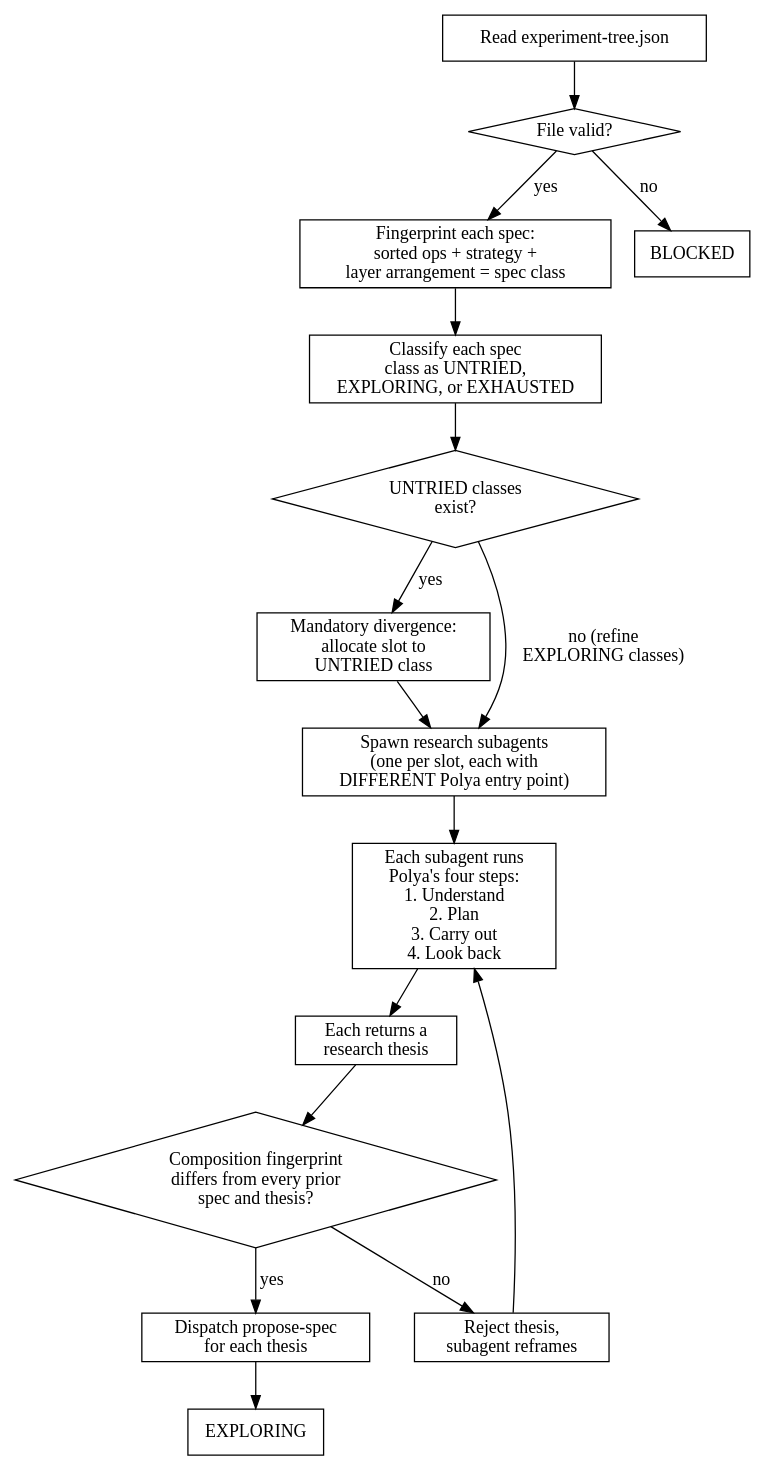
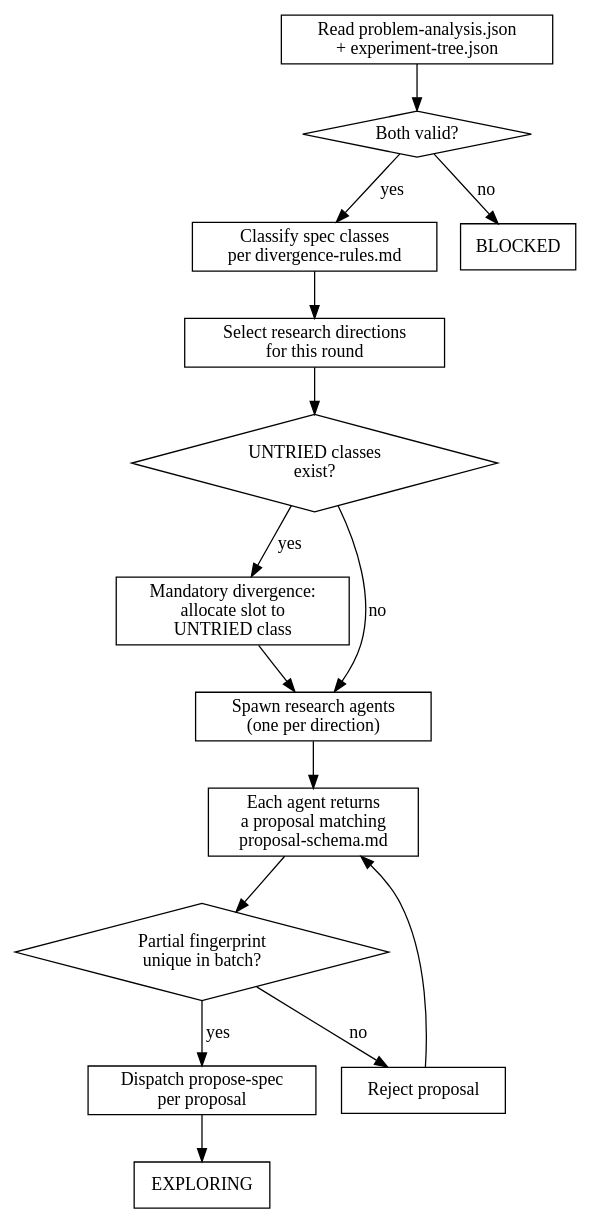
Before and after one commit to Hook12aaa/auto-discover: the diagram in skills/explore/SKILL.md, drawn with Graphviz. The commit also changed other lines of this file and 47 other files, not shown here.

First line of the commit message:
Contract-first rearchitecture (v0.3.0)

````diff
--- a/skills/explore/SKILL.md
+++ b/skills/explore/SKILL.md
@@ -48,36 +47,34 @@
 ```dot
 digraph explore {
     rankdir=TB;
     node [shape=box];
-    start [label="Read experiment-tree.json"];
-    valid [label="File valid?" shape=diamond];
-    fingerprint [label="Fingerprint each spec:\nsorted ops + strategy +\nlayer arrangement = spec class"];
-    classify [label="Classify each spec\nclass as UNTRIED,\nEXPLORING, or EXHAUSTED"];
+    read_analysis [label="Read problem-analysis.json\n+ experiment-tree.json"];
+    valid [label="Both valid?" shape=diamond];
+    classify [label="Classify spec classes\nper divergence-rules.md"];
+    select [label="Select research directions\nfor this round"];
     check_untried [label="UNTRIED classes\nexist?" shape=diamond];
     diverge [label="Mandatory divergence:\nallocate slot to\nUNTRIED class"];
-    spawn [label="Spawn research subagents\n(one per slot, each with\nDIFFERENT Polya entry point)"];
-    polya [label="Each subagent runs\nPolya's four steps:\n1. Understand\n2. Plan\n3. Carry out\n4. Look back"];
-    thesis [label="Each returns a\nresearch thesis"];
-    fp_check [label="Composition fingerprint\ndiffers from every prior\nspec and thesis?" shape=diamond];
-    reject [label="Reject thesis,\nsubagent reframes"];
-    dispatch [label="Dispatch propose-spec\nfor each thesis"];
+    spawn [label="Spawn research agents\n(one per direction)"];
+    proposals [label="Each agent returns\na proposal matching\nproposal-schema.md"];
+    fp_check [label="Partial fingerprint\nunique in batch?" shape=diamond];
+    reject [label="Reject proposal"];
+    dispatch [label="Dispatch propose-spec\nper proposal"];
     exploring [label="EXPLORING"];
     blocked [label="BLOCKED"];
 
-    start -> valid;
-    valid -> fingerprint [label="yes"];
+    read_analysis -> valid;
+    valid -> classify [label="yes"];
     valid -> blocked [label="no"];
-    fingerprint -> classify;
-    classify -> check_untried;
+    classify -> select;
+    select -> check_untried;
     check_untried -> diverge [label="yes"];
-    check_untried -> spawn [label="no (refine\nEXPLORING classes)"];
+    check_untried -> spawn [label="no"];
     diverge -> spawn;
-    spawn -> polya;
-    polya -> thesis;
-    thesis -> fp_check;
+    spawn -> proposals;
+    proposals -> fp_check;
     fp_check -> dispatch [label="yes"];
     fp_check -> reject [label="no"];
-    reject -> polya;
+    reject -> proposals;
     dispatch -> exploring;
 }
 ```
````
